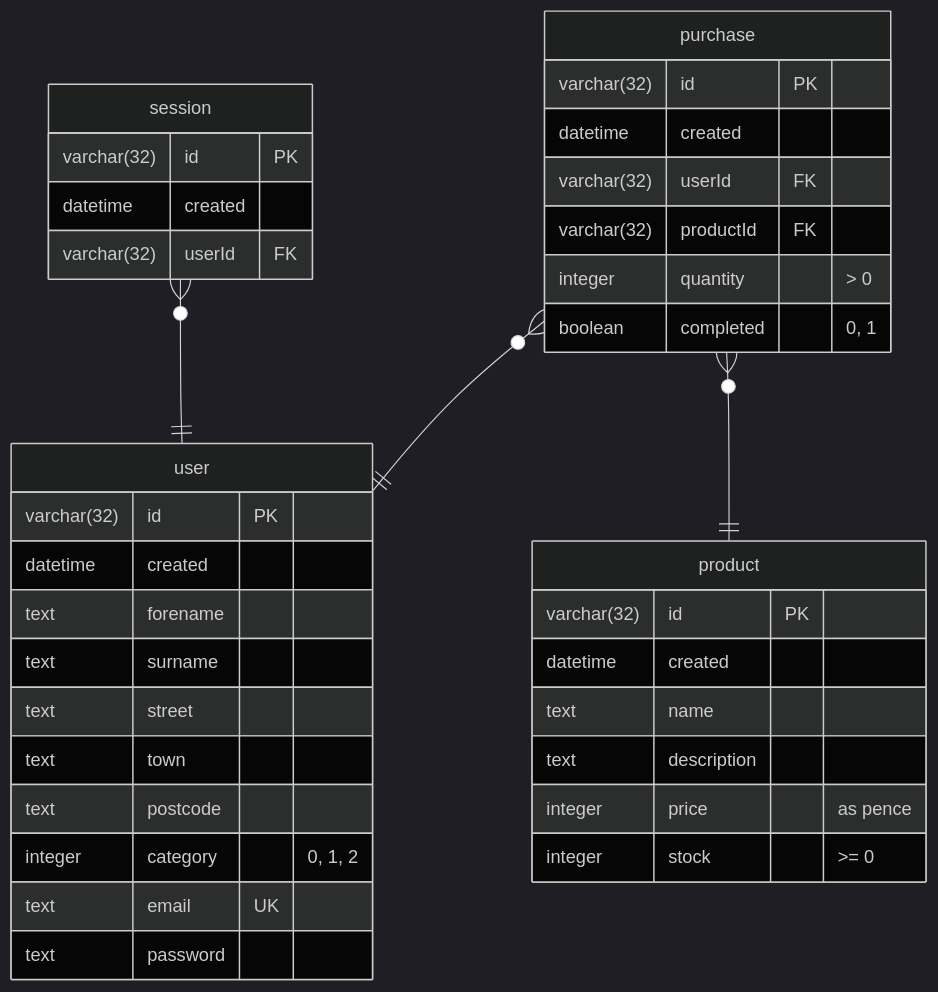
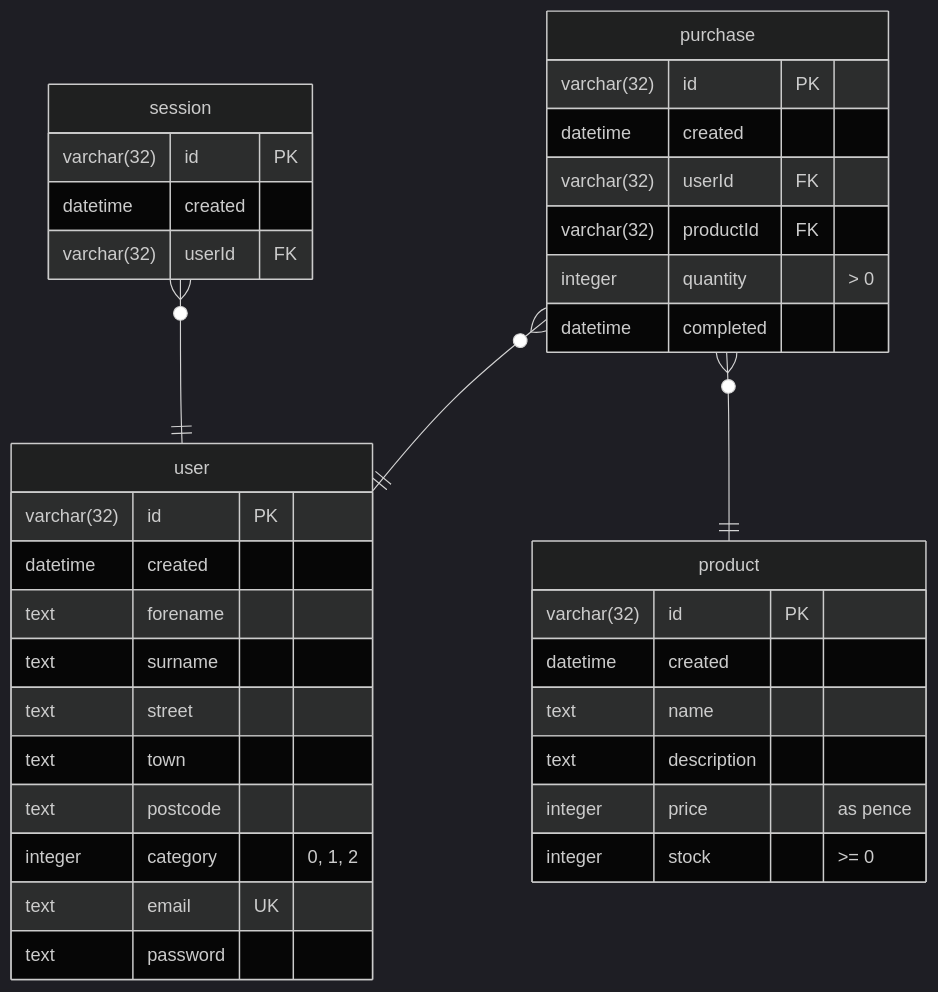
One commit to Heliodex/teamworking changed the diagram in docs/erd.md. Above: the diagram before and after it, drawn with Mermaid (dark theme). The commit also changed 9 other files, not shown here.

Commit message:
Update purchase completed field to use datetime instead of boolean, and update related code and ERD

````diff
--- a/docs/erd.md
+++ b/docs/erd.md
@@ -1,43 +1,44 @@
 ```mermaid
 erDiagram
 	user {
 		varchar(32) id PK
 		datetime created
 		text forename
 		text surname
 		text street
 		text town
 		text postcode
 		integer category "0, 1, 2"
 		text email UK
 		text password
 	}
 
 	session {
 		varchar(32) id PK
 		datetime created
 		varchar(32) userId FK
 	}
+
 	session }o--|| user: ""
 
 	product {
 		varchar(32) id PK
 		datetime created
 		text name
 		text description
 		integer price "as pence"
 		integer stock ">= 0"
 	}
 
 	purchase {
 		varchar(32) id PK
 		datetime created
 		varchar(32) userId FK
 		varchar(32) productId FK
 		integer quantity "> 0"
-		boolean completed "0, 1"
+		datetime completed
 	}
 
 	purchase }o--|| user: ""
 	purchase }o--|| product: ""
 ```
````
